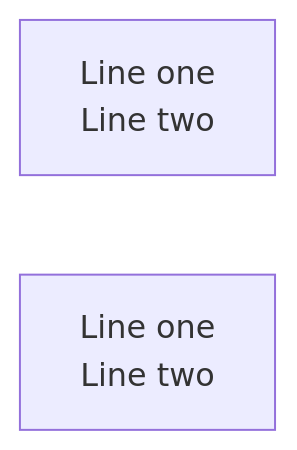
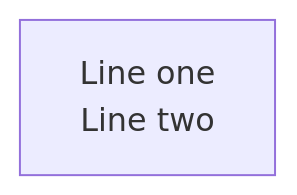
The first of 2 diagrams in skills/mermaidjs_diagrams/SKILL.md (neozenith/agentic-dotfiles), drawn with Mermaid before and after one commit. The commit also changed other lines of this file and 2 other files, not shown here.

Commit message:
feat: optimised mermaidjs skill for 2 patterns of use

````diff
--- a/skills/mermaidjs_diagrams/SKILL.md
+++ b/skills/mermaidjs_diagrams/SKILL.md
@@ -363,8 +178,4 @@
 ```mermaid
 flowchart LR
-    %% WRONG — \n renders as garbled symbols in PNG/SVG output
-    A["Line one\nLine two"]
-
-    %% CORRECT — <br/> creates a proper line break
-    B["Line one<br/>Line two"]
+    A["Line one<br/>Line two"]
 ```
````
